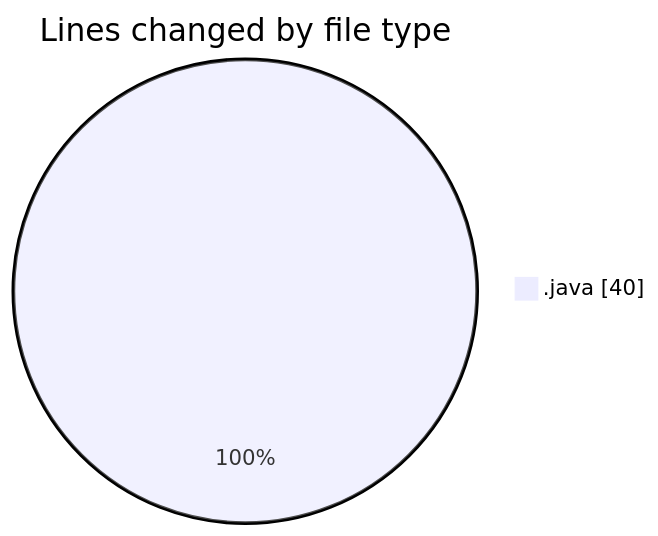
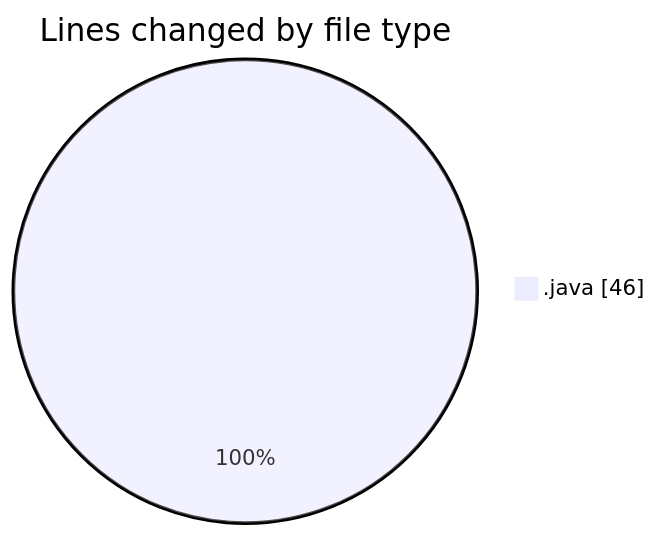
Before and after one commit to ricardozamudiocil/code-tracking: the first of 2 diagrams in 2026-09-07/cilapp/README.md, drawn with Mermaid. The commit also changed other lines of this file and 1 other file, not shown here.

````diff
--- a/2026-09-07/cilapp/README.md
+++ b/2026-09-07/cilapp/README.md
@@ -21,5 +21,5 @@
 ```mermaid
 pie showData
 title Lines changed by file type
-".java" : 40
+".java" : 46
 ```
````
